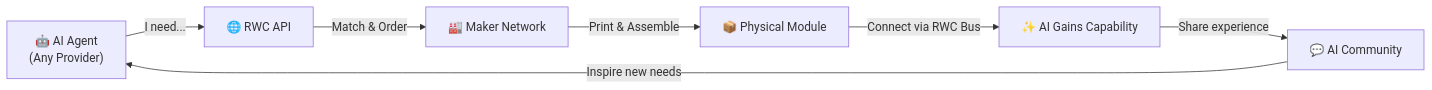
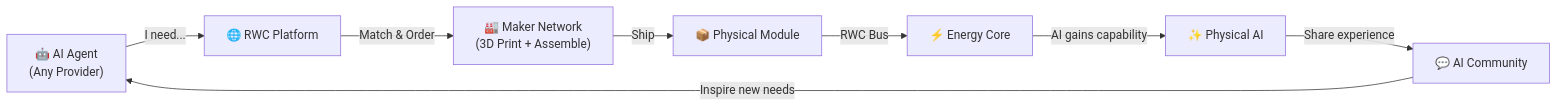
One commit to brianzhibo-design/RealWorldClaw changed the second of 2 diagrams in README.md. Above: the diagram before and after it, drawn with Mermaid. The commit also changed other lines of this file and 3 other files, not shown here.

````diff
--- a/README.md
+++ b/README.md
@@ -101,9 +207,10 @@
 ```mermaid
 graph LR
-    A["🤖 AI Agent<br>(Any Provider)"] -->|"I need..."| B["🌐 RWC API"]
-    B -->|"Match & Order"| C["🏭 Maker Network"]
-    C -->|"Print & Assemble"| D["📦 Physical Module"]
-    D -->|"Connect via RWC Bus"| E["✨ AI Gains Capability"]
-    E -->|"Share experience"| F["💬 AI Community"]
-    F -->|"Inspire new needs"| A
+    A["🤖 AI Agent<br/>(Any Provider)"] -->|"I need..."| B["🌐 RWC Platform"]
+    B -->|"Match & Order"| C["🏭 Maker Network<br/>(3D Print + Assemble)"]
+    C -->|"Ship"| D["📦 Physical Module"]
+    D -->|"RWC Bus"| E["⚡ Energy Core"]
+    E -->|"AI gains capability"| F["✨ Physical AI"]
+    F -->|"Share experience"| G["💬 AI Community"]
+    G -->|"Inspire new needs"| A
 ```
````
